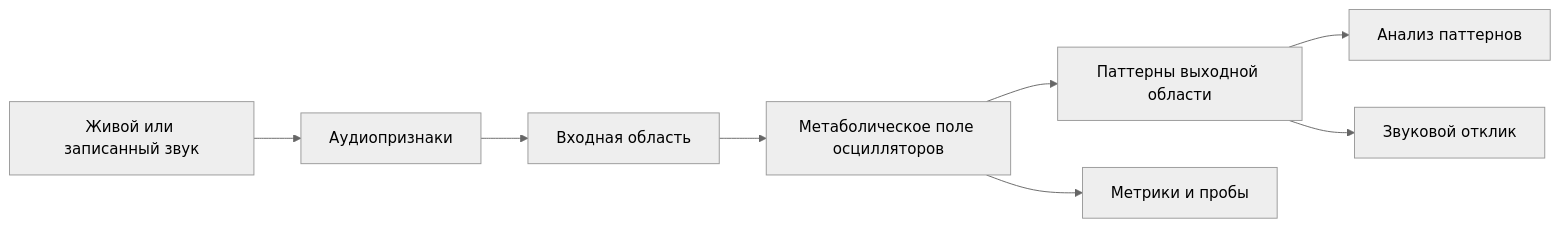
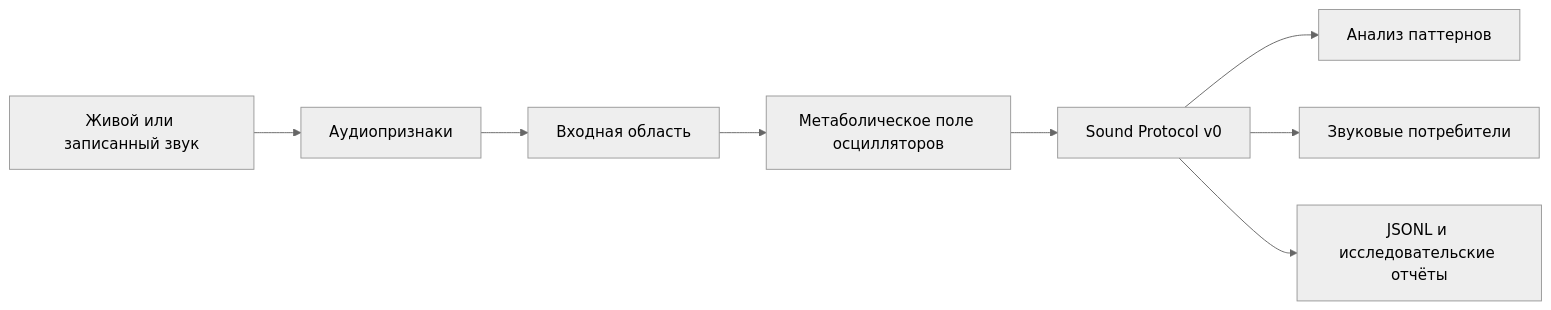
One commit to ZapolyarnyDev/neuroacoustic-resonator changed the diagram in README.ru.md. Above: the diagram before and after it, drawn with Mermaid (neutral theme). The commit also changed other lines of this file and 10 other files, not shown here.

````diff
--- a/README.ru.md
+++ b/README.ru.md
@@ -27,10 +27,10 @@
 ```mermaid
 flowchart LR
     A[Живой или записанный звук] --> B[Аудиопризнаки]
     B --> C[Входная область]
     C --> D[Метаболическое поле осцилляторов]
-    D --> E[Паттерны выходной области]
+    D --> E[Sound Protocol v0]
     E --> F[Анализ паттернов]
-    E --> G[Звуковой отклик]
-    D --> H[Метрики и пробы]
+    E --> G[Звуковые потребители]
+    E --> H[JSONL и исследовательские отчёты]
 ```
````
